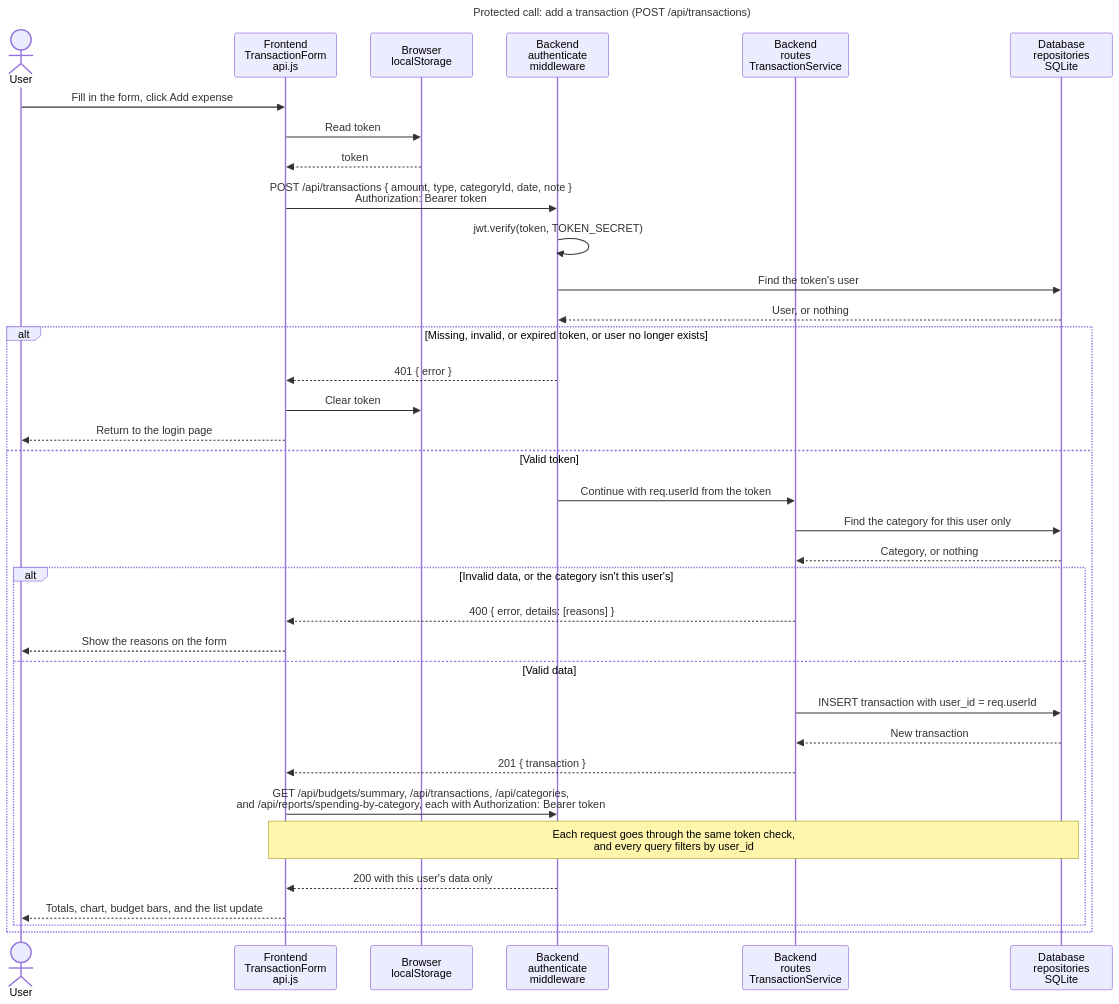
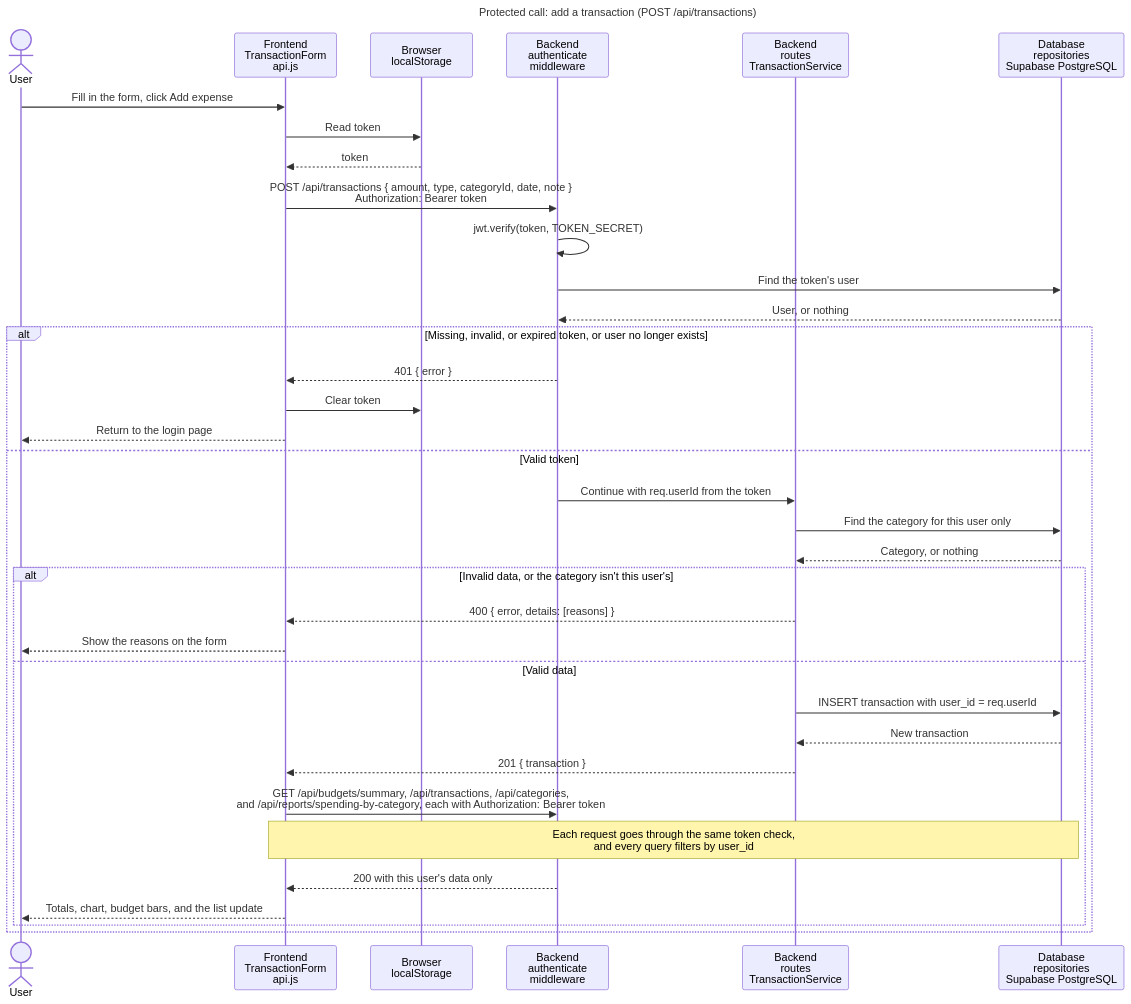
One commit to shreev2703/finance-budget-tracker changed the diagram in docs/architecture/sequence-protected-call.mmd. Above: the diagram before and after it, drawn with Mermaid. The commit also changed 5 other files, not shown here.

```diff
--- a/docs/architecture/sequence-protected-call.mmd
+++ b/docs/architecture/sequence-protected-call.mmd
@@ -1,38 +1,38 @@
 sequenceDiagram
     title Protected call: add a transaction (POST /api/transactions)
     actor User
     participant FE as Frontend<br/>TransactionForm<br/>api.js
     participant LS as Browser<br/>localStorage
     participant AU as Backend<br/>authenticate<br/>middleware
     participant BE as Backend<br/>routes<br/>TransactionService
-    participant DB as Database<br/>repositories<br/>SQLite
+    participant DB as Database<br/>repositories<br/>Supabase PostgreSQL
 
     User->>FE: Fill in the form, click Add expense
     FE->>LS: Read token
     LS-->>FE: token
     FE->>AU: POST /api/transactions { amount, type, categoryId, date, note }<br/>Authorization: Bearer token
     AU->>AU: jwt.verify(token, TOKEN_SECRET)
     AU->>DB: Find the token's user
     DB-->>AU: User, or nothing
 
     alt Missing, invalid, or expired token, or user no longer exists
         AU-->>FE: 401 { error }
         FE->>LS: Clear token
         FE-->>User: Return to the login page
     else Valid token
         AU->>BE: Continue with req.userId from the token
         BE->>DB: Find the category for this user only
         DB-->>BE: Category, or nothing
         alt Invalid data, or the category isn't this user's
             BE-->>FE: 400 { error, details: [reasons] }
             FE-->>User: Show the reasons on the form
         else Valid data
             BE->>DB: INSERT transaction with user_id = req.userId
             DB-->>BE: New transaction
             BE-->>FE: 201 { transaction }
             FE->>AU: GET /api/budgets/summary, /api/transactions, /api/categories,<br/>and /api/reports/spending-by-category, each with Authorization: Bearer token
             Note over FE,DB: Each request goes through the same token check,<br/>and every query filters by user_id
             AU-->>FE: 200 with this user's data only
             FE-->>User: Totals, chart, budget bars, and the list update
         end
     end
```
